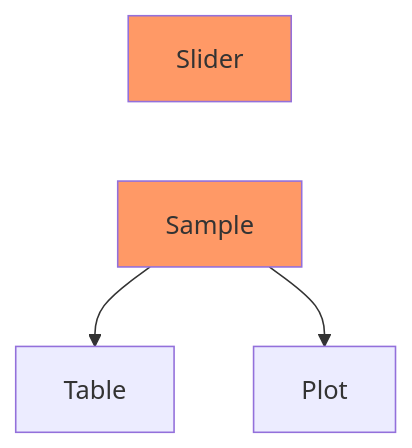
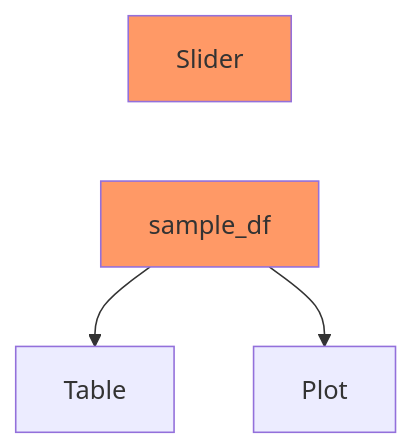
Before and after one commit to posit-dev/intro-to-shiny-for-python: the tenth of 19 diagrams in docs/reactivity-calc-slides.qmd, drawn with Mermaid. The commit also changed other lines of this file and 21 other files, not shown here.

````diff
--- a/docs/reactivity-calc-slides.qmd
+++ b/docs/reactivity-calc-slides.qmd
@@ -213,9 +217,9 @@
 ```{mermaid}
 flowchart TD
-  Sl[Slider]:::changed --> S[Sample]:::changed
+  Sl[Slider]:::changed --> S[sample_df]:::changed
   S --> T[Table]
   S --> P[Plot]
   
   classDef changed fill:#f96
   linkStyle 0 display:none
 ```
````
